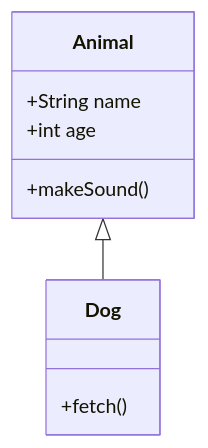
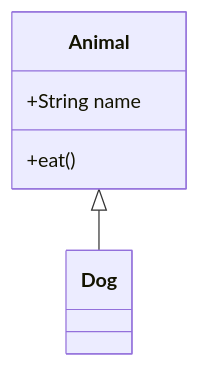
The fifth of 24 diagrams in backend/init_data/skills/mermaid-diagram/SKILL.md (wecode-ai/Wegent), drawn with Mermaid before and after one commit. The commit also changed other lines of this file, not shown here.

Commit message:
feat: update mermaid diagram skill with complete examples

````diff
--- a/backend/init_data/skills/mermaid-diagram/SKILL.md
+++ b/backend/init_data/skills/mermaid-diagram/SKILL.md
@@ -228,12 +241,8 @@
 ```mermaid
 classDiagram
     class Animal {
         +String name
-        +int age
-        +makeSound()
-    }
-    class Dog {
-        +fetch()
+        +eat()
     }
     Animal <|-- Dog
 ```
````
